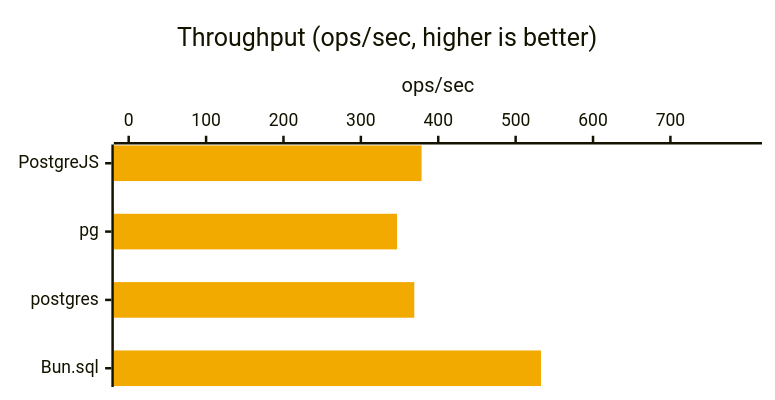
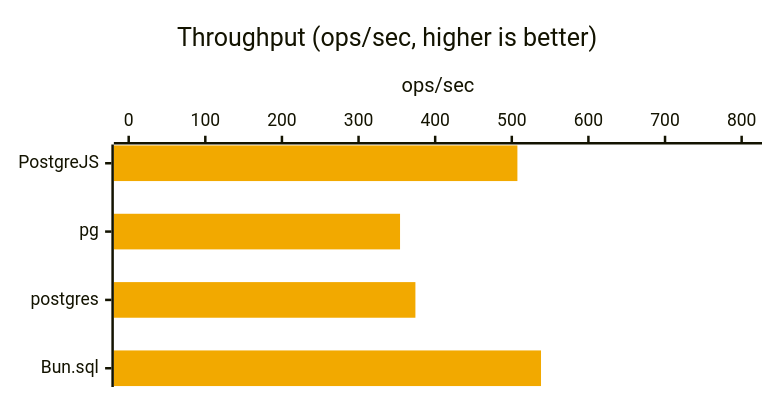
One commit to panates/postgrejs changed diagram 11 of 47 in doc/BENCHMARKS-bun.md. Above: the diagram before and after it, drawn with Mermaid. The commit also changed other lines of this file and 1 other file, not shown here.

````diff
--- a/doc/BENCHMARKS-bun.md
+++ b/doc/BENCHMARKS-bun.md
@@ -278,8 +293,8 @@
 ```mermaid
 %%{init: {'xyChart': {'width': 600, 'height': 300, 'chartOrientation': 'horizontal'}, 'themeVariables': {'xyChart': {'plotColorPalette': '#f2a900'}}}}%%
 xychart-beta
     title "Throughput (ops/sec, higher is better)"
     x-axis ["PostgreJS", "pg", "postgres", "Bun.sql"]
-    y-axis "ops/sec" 0.0000 --> 799.1807
-    bar [378.4495, 346.7741, 369.0419, 532.7871]
+    y-axis "ops/sec" 0.0000 --> 807.1939
+    bar [507.3168, 354.1571, 374.2033, 538.1293]
 ```
````
